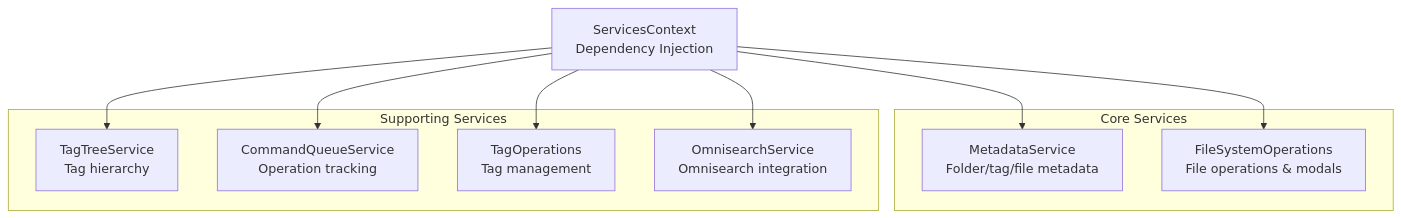
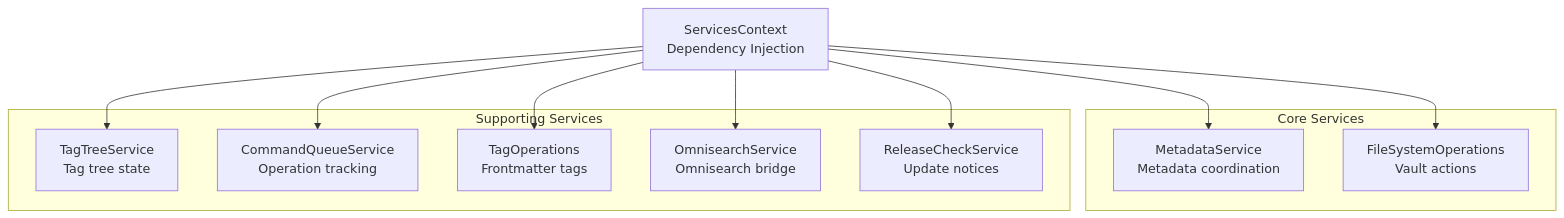
One commit to psxvoid/notebook-navigator changed the first of 4 diagrams in docs/service-architecture.md. Above: the diagram before and after it, drawn with Mermaid. The commit also changed other lines of this file and 3 other files, not shown here.

````diff
--- a/docs/service-architecture.md
+++ b/docs/service-architecture.md
@@ -37,23 +41,25 @@
 ```mermaid
 graph TB
     ServicesContext["ServicesContext<br/>Dependency Injection"]
 
     subgraph "Core Services"
-        MetadataService["MetadataService<br/>Folder/tag/file metadata"]
-        FileSystemOperations["FileSystemOperations<br/>File operations & modals"]
+        MetadataService["MetadataService<br/>Metadata coordination"]
+        FileSystemOperations["FileSystemOperations<br/>Vault actions"]
     end
 
     subgraph "Supporting Services"
-        TagTreeService["TagTreeService<br/>Tag hierarchy"]
+        TagTreeService["TagTreeService<br/>Tag tree state"]
         CommandQueue["CommandQueueService<br/>Operation tracking"]
-        TagOperations["TagOperations<br/>Tag management"]
-        OmnisearchService["OmnisearchService<br/>Omnisearch integration"]
+        TagOperations["TagOperations<br/>Frontmatter tags"]
+        Omnisearch["OmnisearchService<br/>Omnisearch bridge"]
+        ReleaseCheck["ReleaseCheckService<br/>Update notices"]
     end
 
     ServicesContext --> MetadataService
     ServicesContext --> FileSystemOperations
     ServicesContext --> TagTreeService
     ServicesContext --> CommandQueue
     ServicesContext --> TagOperations
-    ServicesContext --> OmnisearchService
+    ServicesContext --> Omnisearch
+    ServicesContext --> ReleaseCheck
 ```
````
